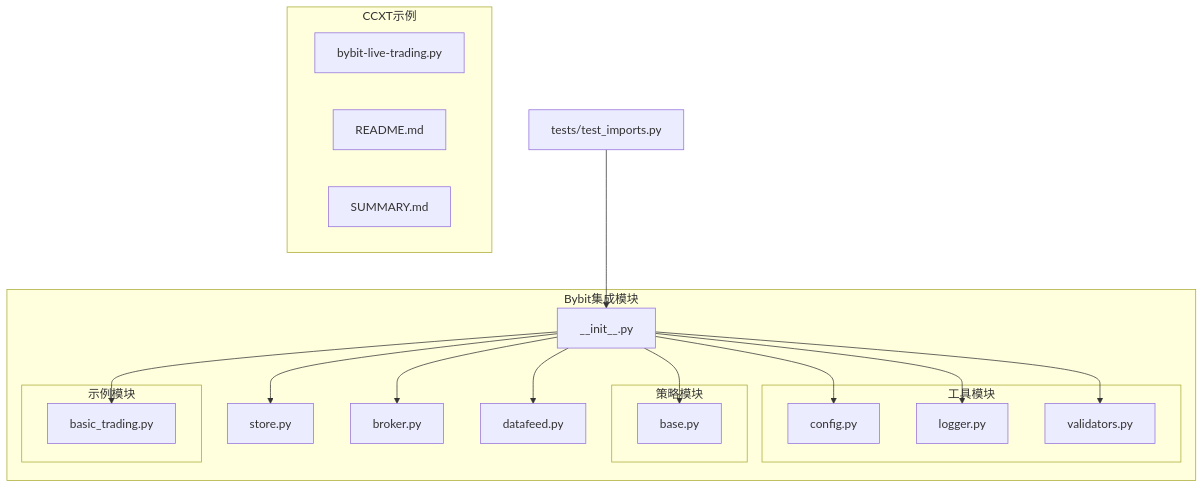
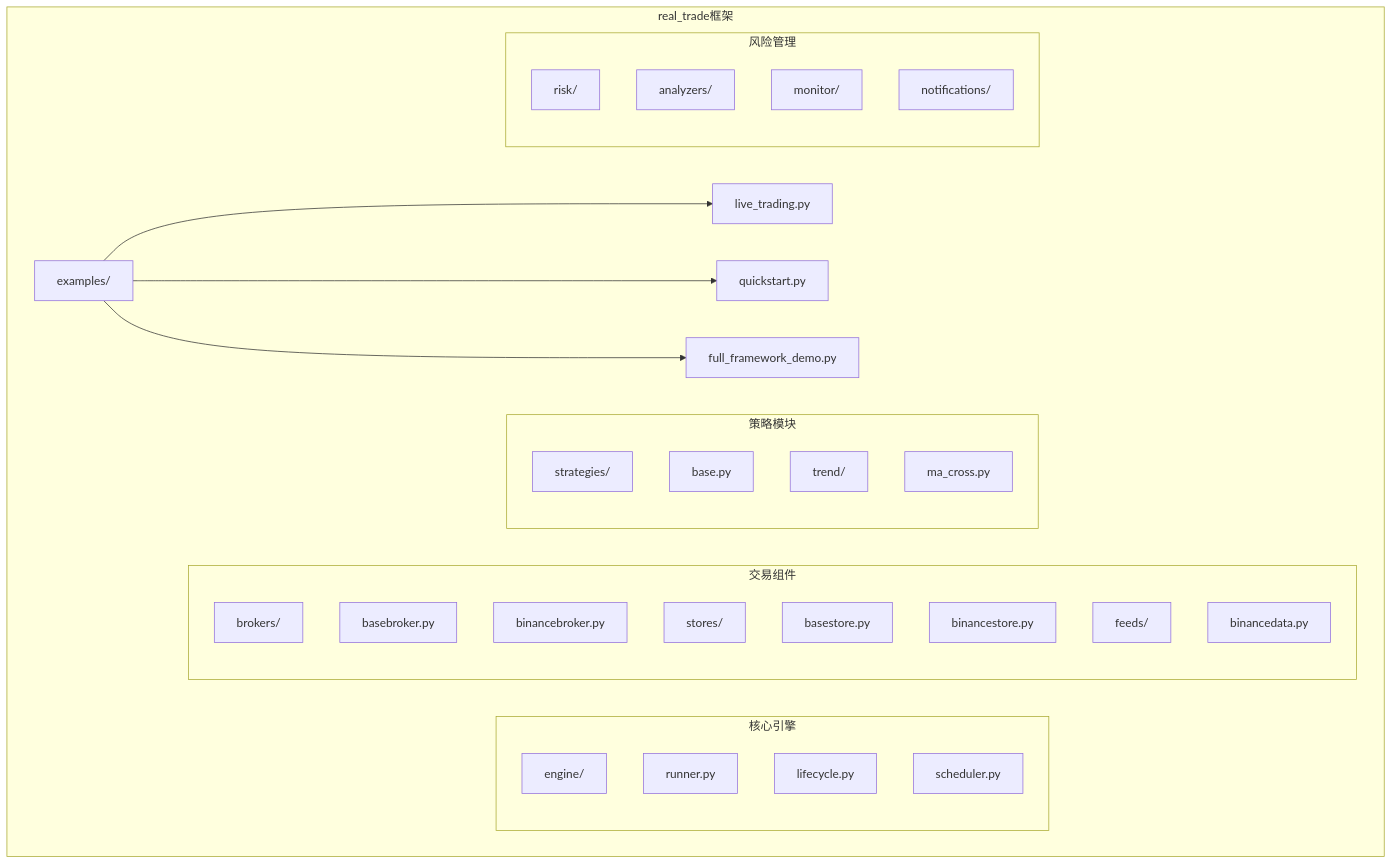
One commit to bench-prog/backtrader changed the first of 4 diagrams in .qoder/repowiki/zh/content/实盘交易模块/Bybit交易所集成/Bybit示例与最佳实践.md. Above: the diagram before and after it, drawn with Mermaid. The commit also changed other lines of this file and 23 other files, not shown here.

````diff
--- a/.qoder/repowiki/zh/content/实盘交易模块/Bybit交易所集成/Bybit示例与最佳实践.md
+++ b/.qoder/repowiki/zh/content/实盘交易模块/Bybit交易所集成/Bybit示例与最佳实践.md
@@ -47,30 +50,36 @@
 ```mermaid
 graph TB
-subgraph "Bybit集成模块"
-A[__init__.py] --> B[store.py]
-A --> C[broker.py]
-A --> D[datafeed.py]
-subgraph "工具模块"
-E[config.py]
-F[logger.py]
-G[validators.py]
+subgraph "real_trade框架"
+A[examples/] --> B[live_trading.py]
+A --> C[quickstart.py]
+A --> D[full_framework_demo.py]
+subgraph "核心引擎"
+E[engine/]
+F[runner.py]
+G[lifecycle.py]
+H[scheduler.py]
+end
+subgraph "交易组件"
+I[brokers/]
+J[basebroker.py]
+K[binancebroker.py]
+L[stores/]
+M[basestore.py]
+N[binancestore.py]
+O[feeds/]
+P[binancedata.py]
 end
 subgraph "策略模块"
-H[base.py]
+Q[strategies/]
+R[base.py]
+S[trend/]
+T[ma_cross.py]
 end
-subgraph "示例模块"
-I[basic_trading.py]
+subgraph "风险管理"
+U[risk/]
+V[analyzers/]
+W[monitor/]
+X[notifications/]
 end
-A --> E
-A --> F
-A --> G
-A --> H
-A --> I
 end
-subgraph "CCXT示例"
-J[bybit-live-trading.py]
-K[README.md]
-L[SUMMARY.md]
-end
-M[tests/test_imports.py] --> A
 ```
````
